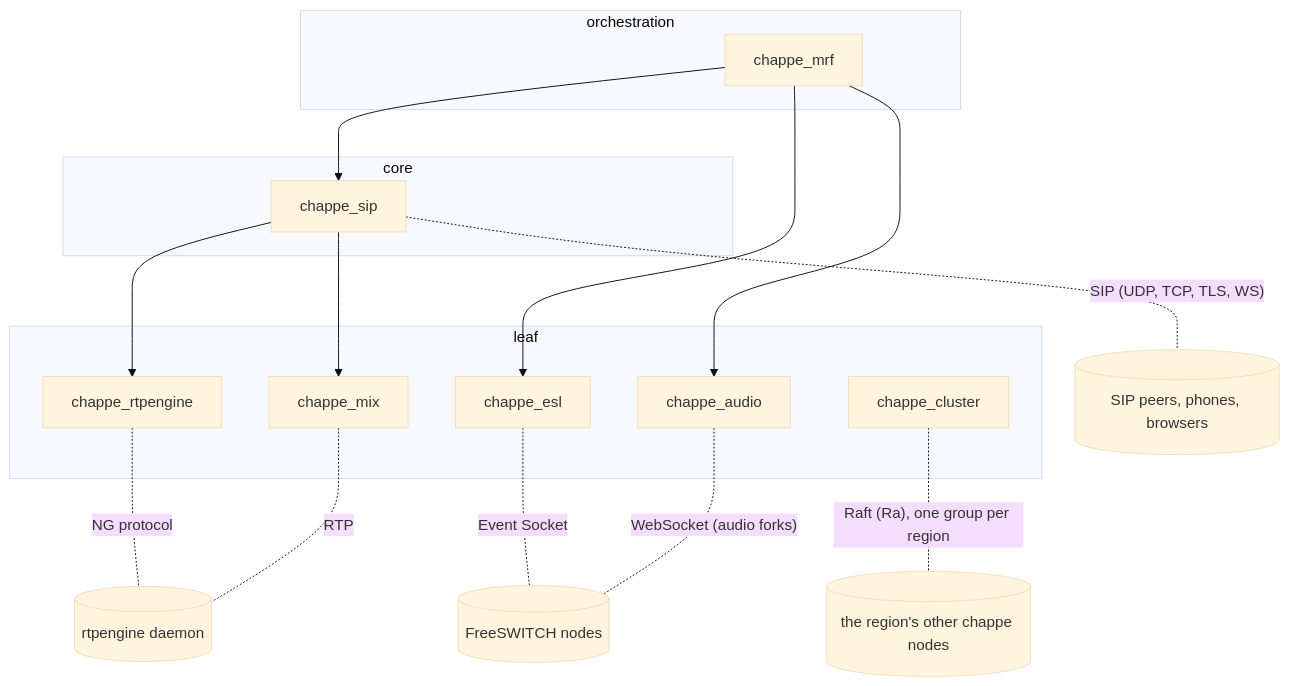
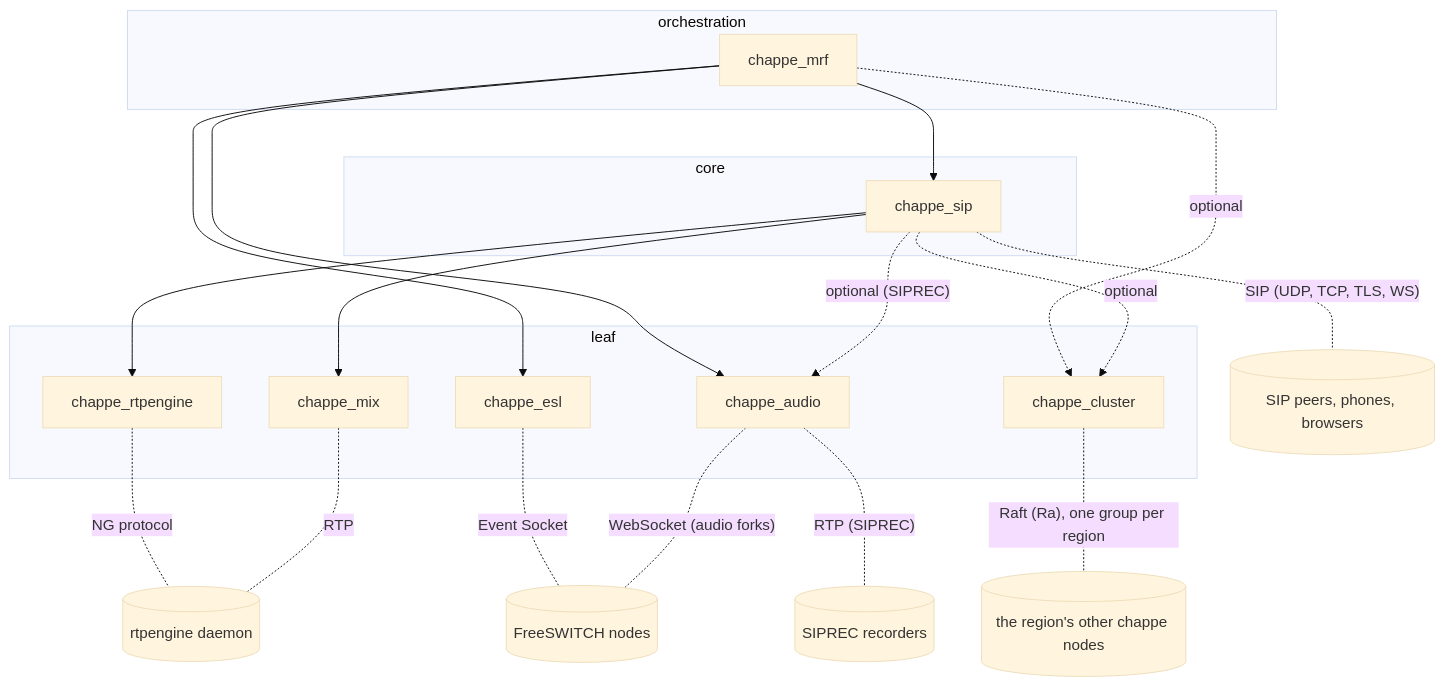
Before and after one commit to benoitc/chappe: the first of 7 diagrams in docs/architecture.md, drawn with Mermaid (base theme). The commit also changed other lines of this file and 7 other files, not shown here.

````diff
--- a/docs/architecture.md
+++ b/docs/architecture.md
@@ -19,27 +19,31 @@
 ```mermaid
 flowchart TB
     subgraph orchestration
         mrf[chappe_mrf]
     end
     subgraph core
         sip[chappe_sip]
     end
     subgraph leaf
         rtpe[chappe_rtpengine]
         mix[chappe_mix]
         esl[chappe_esl]
         audio[chappe_audio]
         cluster[chappe_cluster]
     end
     mrf --> sip
     mrf --> esl
     mrf --> audio
+    mrf -. optional .-> cluster
     sip --> rtpe
     sip --> mix
+    sip -. "optional (SIPREC)" .-> audio
+    sip -. optional .-> cluster
     sip -. "SIP (UDP, TCP, TLS, WS)" .- peers[(SIP peers, phones, browsers)]
     rtpe -. "NG protocol" .- rtpengine[(rtpengine daemon)]
     esl -. "Event Socket" .- fs[(FreeSWITCH nodes)]
     mix -. "RTP" .- rtpengine
     audio -. "WebSocket (audio forks)" .- fs
+    audio -. "RTP (SIPREC)" .- srs[(SIPREC recorders)]
     cluster -. "Raft (Ra), one group per region" .- nodes[(the region's other chappe nodes)]
 ```
````
